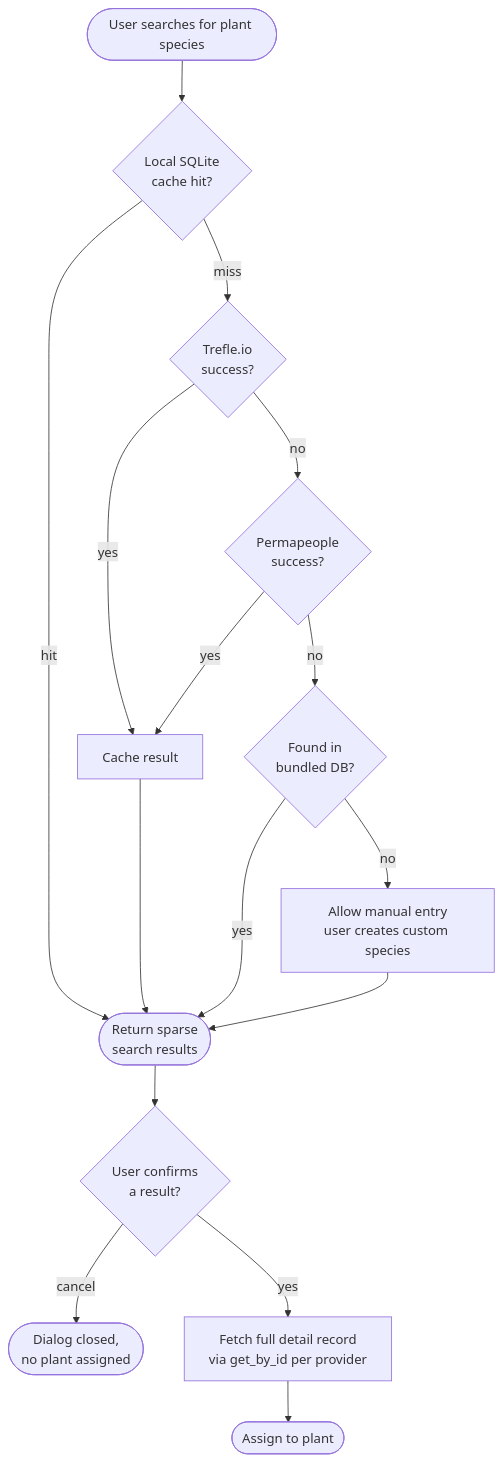
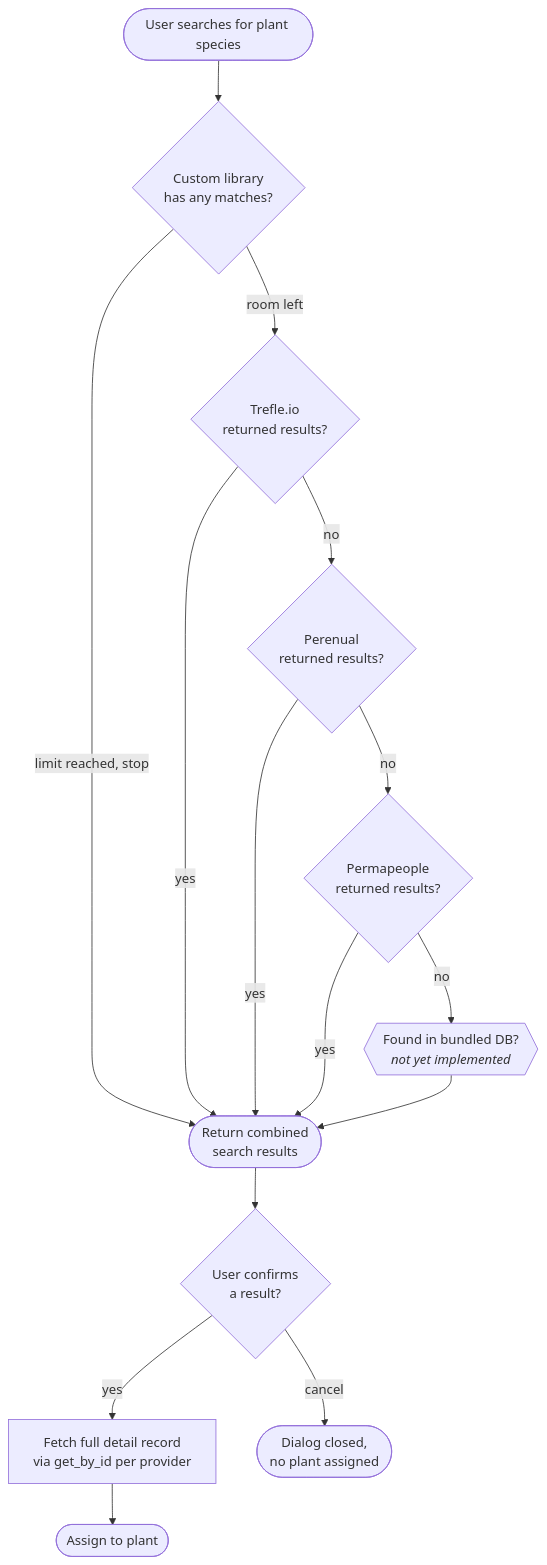
The fourth of 8 diagrams in docs/06-runtime-view/README.md (cofade/open-garden-planner), drawn with Mermaid before and after one commit. The commit also changed other lines of this file and 14 other files, not shown here.

````diff
--- a/docs/06-runtime-view/README.md
+++ b/docs/06-runtime-view/README.md
@@ -61,31 +61,29 @@
 ```mermaid
 flowchart TD
     Start([User searches for plant species])
-    Cache{Local SQLite<br/>cache hit?}
-    Trefle{Trefle.io<br/>success?}
-    Perma{Permapeople<br/>success?}
-    Bundled{Found in<br/>bundled DB?}
-    Manual[Allow manual entry<br/>user creates custom species]
-    Return([Return sparse<br/>search results])
-    CacheWrite[Cache result]
+    Custom{Custom library<br/>has any matches?}
+    Trefle{Trefle.io<br/>returned results?}
+    Perenual{Perenual<br/>returned results?}
+    Perma{Permapeople<br/>returned results?}
+    Bundled{{Found in bundled DB?<br/><i>not yet implemented</i>}}
+    Return([Return combined<br/>search results])
     Confirm{User confirms<br/>a result?}
     Detail[Fetch full detail record<br/>via get_by_id per provider]
     Assign([Assign to plant])
 
-    Start --> Cache
-    Cache -->|hit| Return
-    Cache -->|miss| Trefle
-    Trefle -->|yes| CacheWrite
-    Trefle -->|no| Perma
-    Perma -->|yes| CacheWrite
+    Start --> Custom
+    Custom -->|limit reached, stop| Return
+    Custom -->|room left| Trefle
+    Trefle -->|yes| Return
+    Trefle -->|no| Perenual
+    Perenual -->|yes| Return
+    Perenual -->|no| Perma
+    Perma -->|yes| Return
     Perma -->|no| Bundled
-    Bundled -->|yes| Return
-    Bundled -->|no| Manual
-    Manual --> Return
-    CacheWrite --> Return
+    Bundled --> Return
     Return --> Confirm
     Cancelled([Dialog closed,<br/>no plant assigned])
     Confirm -->|cancel| Cancelled
     Confirm -->|yes| Detail
     Detail --> Assign
 ```
````
